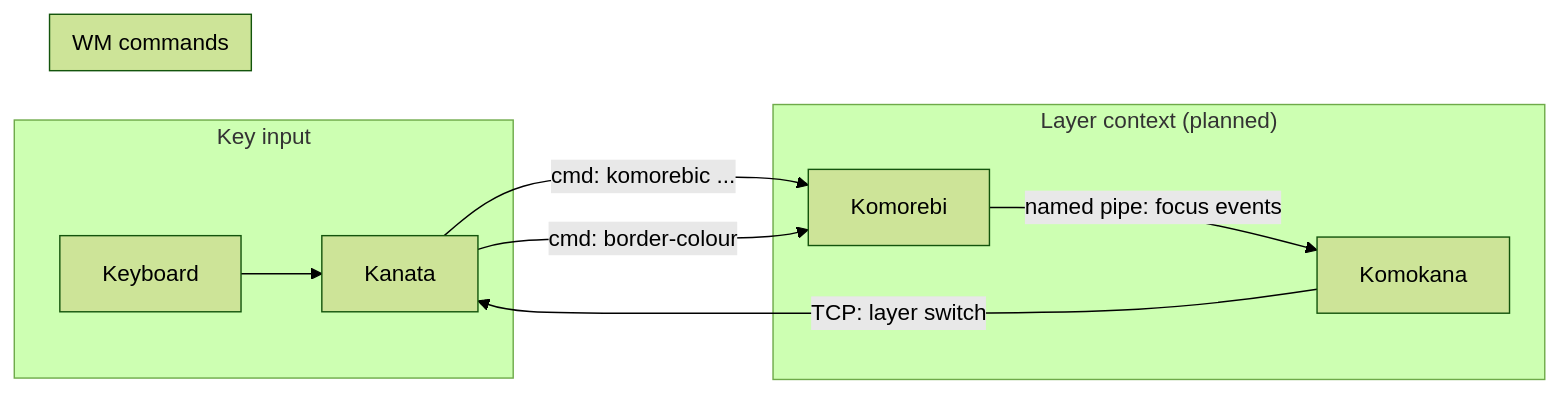
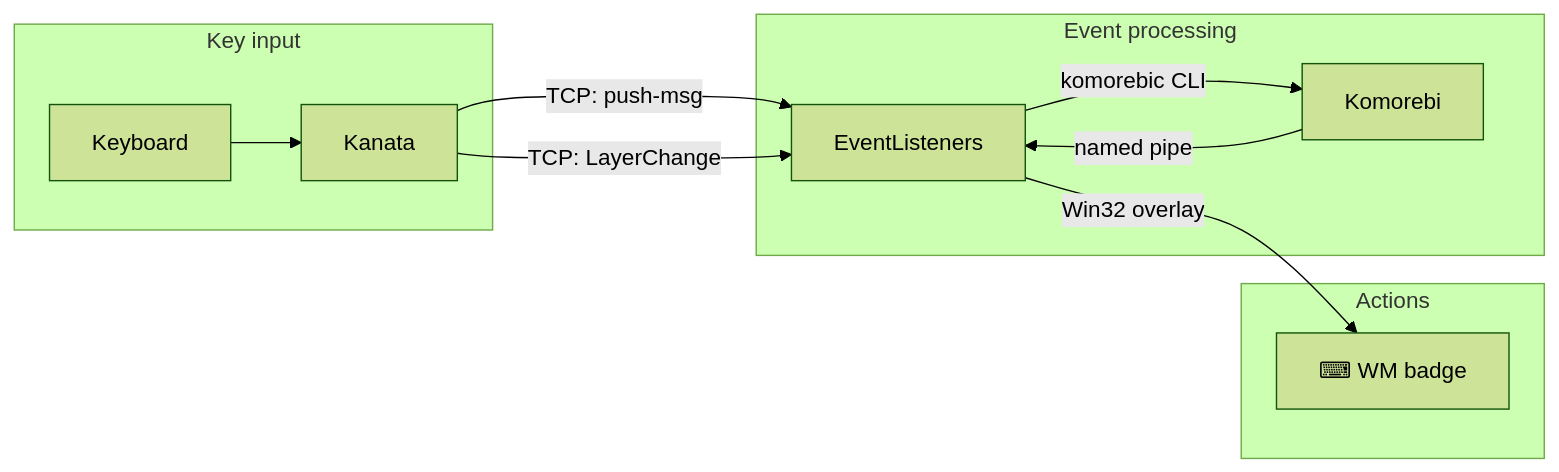
The first of 3 diagrams in keyboard/README.md (MattKotsenas/dotfiles), drawn with Mermaid (forest theme) before and after one commit. The commit also changed other lines of this file and 5 other files, not shown here.

First line of the commit message:
docs: update README, KEYMAP, and comments for current architecture

````diff
--- a/keyboard/README.md
+++ b/keyboard/README.md
@@ -17,14 +17,15 @@
 ```mermaid
 graph LR
     subgraph "Key input"
         K[Keyboard] --> Kanata
     end
-    subgraph "Layer context (planned)"
-        Komorebi -- "named pipe: focus events" --> Komokana
-        Komokana -- "TCP: layer switch" --> Kanata
+    subgraph "Event processing"
+        Kanata -- "TCP: push-msg" --> EventListeners
+        Kanata -- "TCP: LayerChange" --> EventListeners
+        Komorebi -- "named pipe" --> EventListeners
     end
-    subgraph "WM commands"
-        Kanata -- "cmd: komorebic ..." --> Komorebi
-        Kanata -- "cmd: border-colour" --> Komorebi
+    subgraph "Actions"
+        EventListeners -- "komorebic CLI" --> Komorebi
+        EventListeners -- "Win32 overlay" --> Indicator["⌨ WM badge"]
     end
 ```
````
